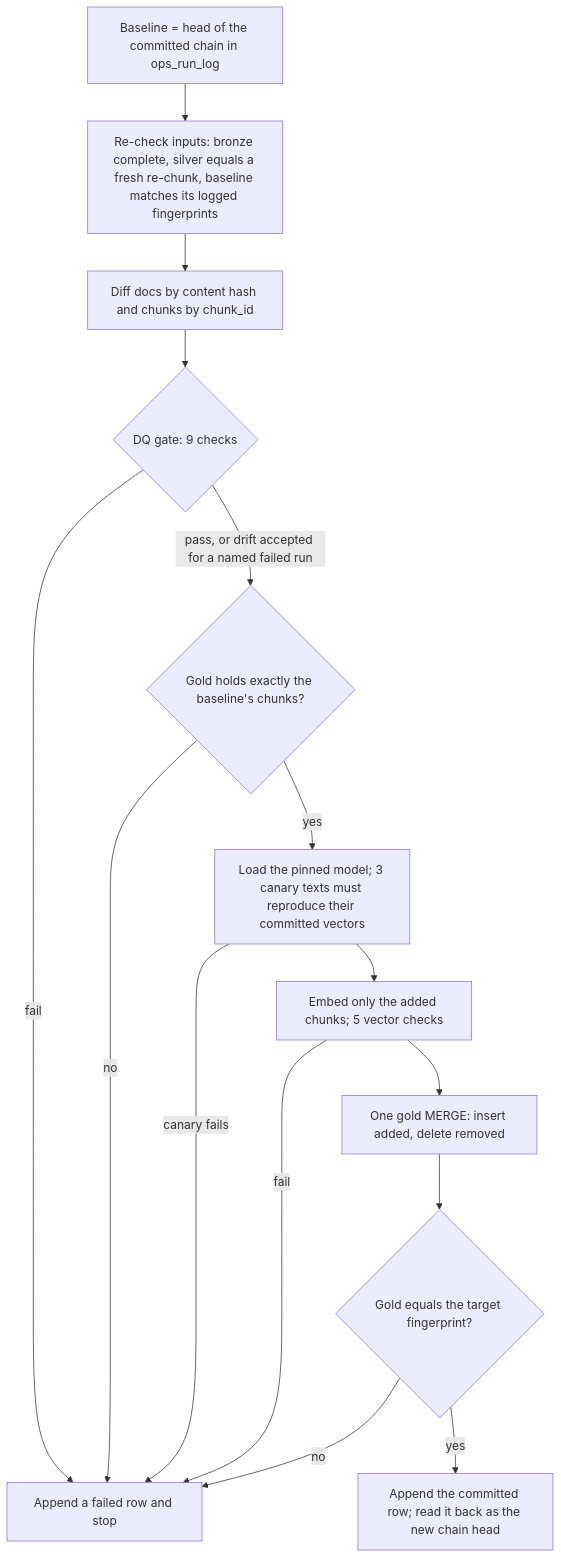
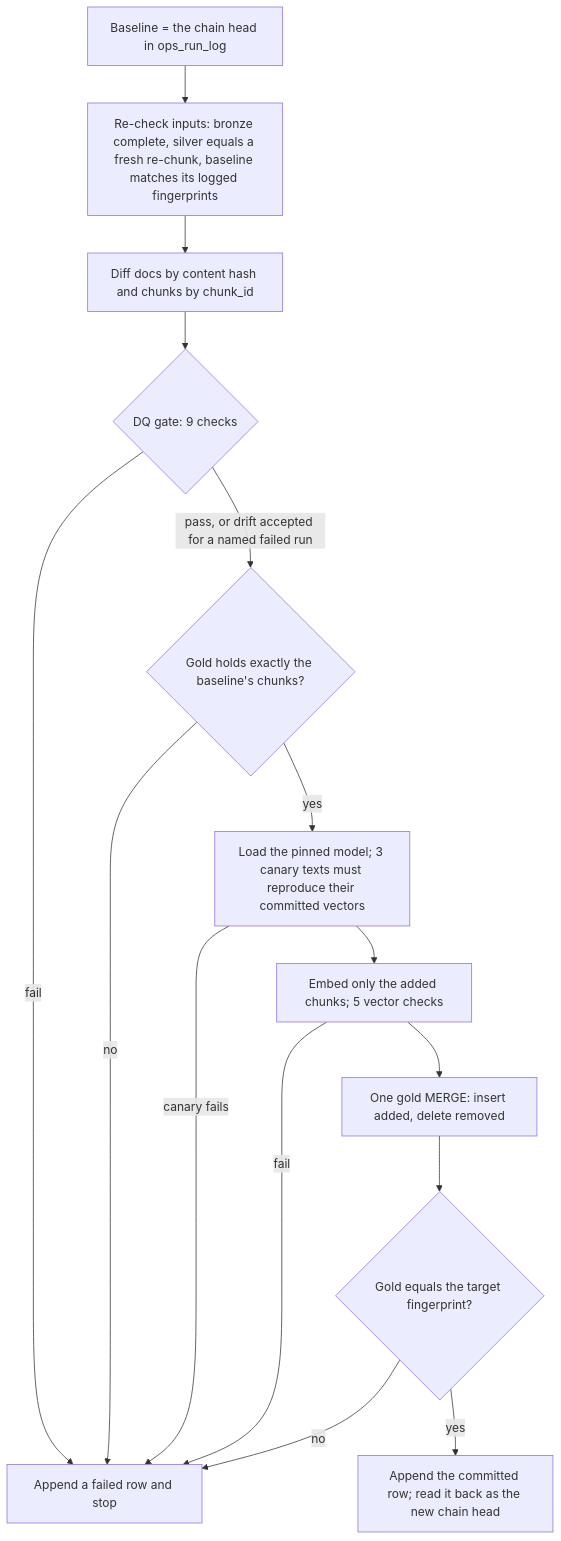
Before and after one commit to m3rcury02/spark-rag: the second of 2 diagrams in README.md, drawn with Mermaid. The commit also changed other lines of this file and 2 other files, not shown here.

````diff
--- a/README.md
+++ b/README.md
@@ -89,17 +102,17 @@
 ```mermaid
 flowchart TD
-    a["Baseline = head of the committed chain in ops_run_log"] --> b["Re-check inputs: bronze complete, silver equals a fresh re-chunk, baseline matches its logged fingerprints"]
+    a["Baseline = the chain head in ops_run_log"] --> b["Re-check inputs: bronze complete, silver equals a fresh re-chunk, baseline matches its logged fingerprints"]
     b --> c["Diff docs by content hash and chunks by chunk_id"]
     c --> d{"DQ gate: 9 checks"}
     d -->|"fail"| x["Append a failed row and stop"]
     d -->|"pass, or drift accepted for a named failed run"| e{"Gold holds exactly the baseline's chunks?"}
     e -->|"no"| x
     e -->|"yes"| f["Load the pinned model; 3 canary texts must reproduce their committed vectors"]
     f -->|"canary fails"| x
     f --> g["Embed only the added chunks; 5 vector checks"]
     g -->|"fail"| x
     g --> h["One gold MERGE: insert added, delete removed"]
     h --> i{"Gold equals the target fingerprint?"}
     i -->|"no"| x
     i -->|"yes"| j["Append the committed row; read it back as the new chain head"]
 ```
````
